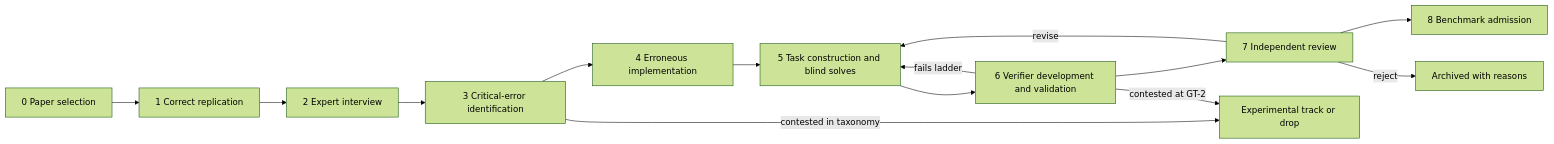
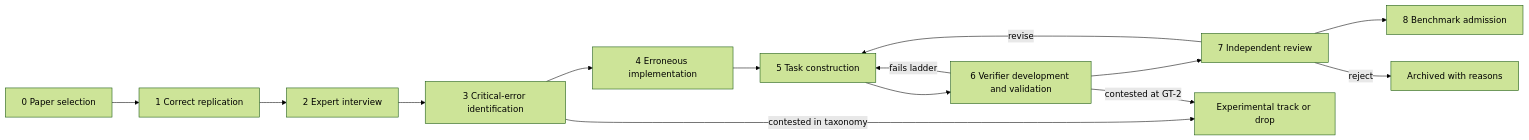
The diagram in docs/methodology/benchmark-construction-protocol.md (Sellyew/Deepecon-Contributtor-Guide-UI), drawn with Mermaid (forest theme) before and after one commit. The commit also changed other lines of this file and 5 other files, not shown here.

````diff
--- a/docs/methodology/benchmark-construction-protocol.md
+++ b/docs/methodology/benchmark-construction-protocol.md
@@ -42,16 +42,16 @@
 ```mermaid
 flowchart LR
   S0[0 Paper selection] --> S1[1 Correct replication]
   S1 --> S2[2 Expert interview]
   S2 --> S3[3 Critical-error identification]
   S3 --> S4[4 Erroneous implementation]
-  S4 --> S5[5 Task construction and blind solves]
+  S4 --> S5[5 Task construction]
   S5 --> S6[6 Verifier development and validation]
   S6 --> S7[7 Independent review]
   S7 --> S8[8 Benchmark admission]
   S6 -- fails ladder --> S5
   S7 -- revise --> S5
   S3 -- contested in taxonomy --> X[Experimental track or drop]
   S6 -- contested at GT-2 --> X
   S7 -- reject --> R[Archived with reasons]
 ```
````
